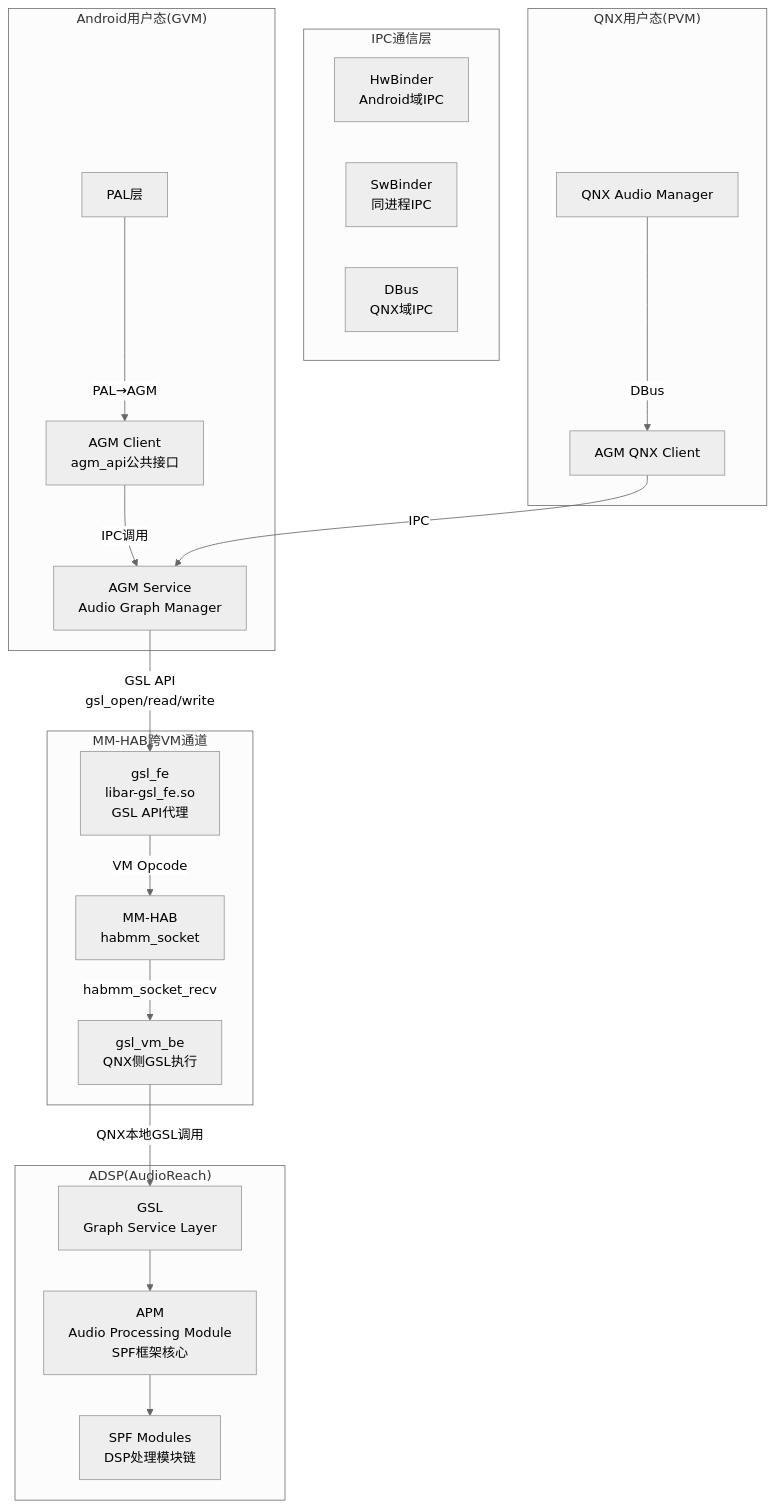
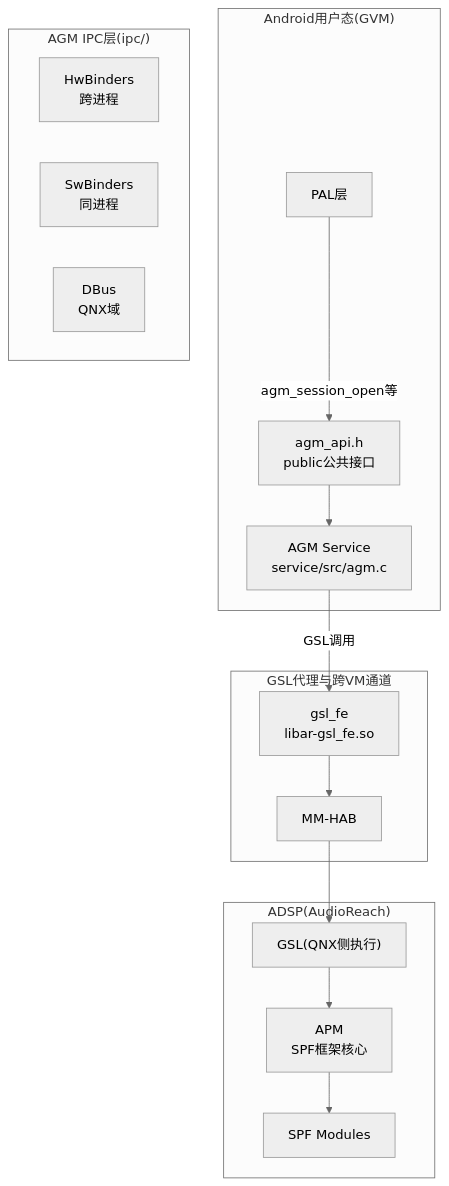
One commit to yanglinzhen1022/SA8295_AAOS_QNX_Audio_KnowledgeBase changed the first of 4 diagrams in 16_Vendor_QNX_Architecture/16_16.10_AGMAudio_Graph_Manager深度解.md. Above: the diagram before and after it, drawn with Mermaid (neutral theme). The commit also changed other lines of this file and 48 other files, not shown here.

````diff
--- a/16_Vendor_QNX_Architecture/16_16.10_AGMAudio_Graph_Manager深度解.md
+++ b/16_Vendor_QNX_Architecture/16_16.10_AGMAudio_Graph_Manager深度解.md
@@ -15,41 +17,33 @@
 ```mermaid
 graph TB
     subgraph Android_User_Space["Android用户态(GVM)"]
         PAL[PAL层]
-        AGM_SVC["AGM Service<br/>Audio Graph Manager"]
-        AGM_CLIENT["AGM Client<br/>agm_api公共接口"]
+        AGM_SVC["AGM Service<br/>service/src/agm.c"]
+        AGM_API["agm_api.h<br/>public公共接口"]
     end
 
-    subgraph IPC_Layer["IPC通信层"]
-        HWBINDER["HwBinder<br/>Android域IPC"]
-        SWBINDER["SwBinder<br/>同进程IPC"]
-        DBUS["DBus<br/>QNX域IPC"]
+    subgraph AGM_IPC["AGM IPC层(ipc/)"]
+        HWBINDER["HwBinders<br/>跨进程"]
+        SWBINDER["SwBinders<br/>同进程"]
+        DBUS["DBus<br/>QNX域"]
     end
 
-    subgraph VM_Channel["MM-HAB跨VM通道"]
-        GSL_FE["gsl_fe<br/>libar-gsl_fe.so<br/>GSL API代理"]
-        HAB_MM["MM-HAB<br/>habmm_socket"]
-        GSL_VM_BE["gsl_vm_be<br/>QNX侧GSL执行"]
+    subgraph VM_Channel["GSL代理与跨VM通道"]
+        GSL_FE["gsl_fe<br/>libar-gsl_fe.so"]
+        HAB_MM["MM-HAB"]
     end
 
     subgraph DSP_Space["ADSP(AudioReach)"]
-        GSL["GSL<br/>Graph Service Layer"]
-        APM["APM<br/>Audio Processing Module<br/>SPF框架核心"]
-        SPF_MOD["SPF Modules<br/>DSP处理模块链"]
+        GSL["GSL(QNX侧执行)"]
+        APM["APM<br/>SPF框架核心"]
+        SPF_MOD["SPF Modules"]
     end
 
-    PAL -->|PAL→AGM| AGM_CLIENT
-    AGM_CLIENT -->|IPC调用| AGM_SVC
-    AGM_SVC -->|GSL API<br/>gsl_open/read/write| GSL_FE
-    GSL_FE -->|VM Opcode| HAB_MM
-    HAB_MM -->|habmm_socket_recv| GSL_VM_BE
-    GSL_VM_BE -->|QNX本地GSL调用| GSL
+    PAL -->|agm_session_open等| AGM_API
+    AGM_API --> AGM_SVC
+    AGM_SVC -->|GSL调用| GSL_FE
+    GSL_FE --> HAB_MM
+    HAB_MM --> GSL
     GSL --> APM
     APM --> SPF_MOD
-
-    subgraph QNX_User_Space["QNX用户态(PVM)"]
-        QNX_AM[QNX Audio Manager]
-        AGM_QNX[AGM QNX Client]
-    end
-    QNX_AM -->|DBus| AGM_QNX -->|IPC| AGM_SVC
 ```
````
